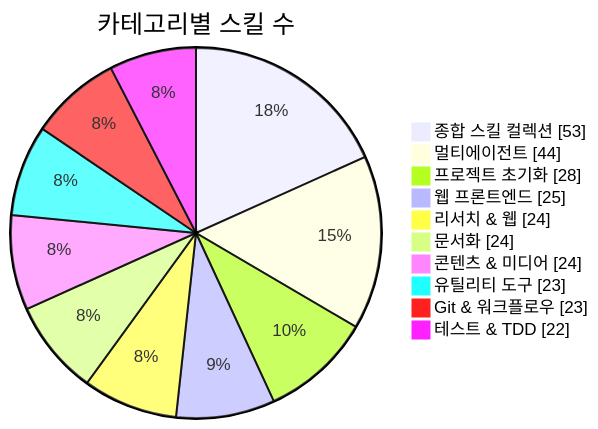
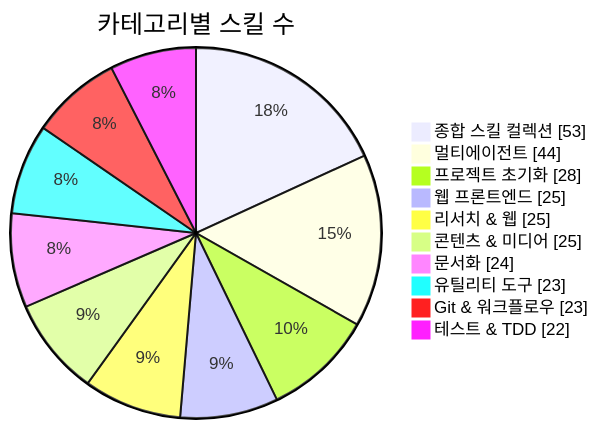
The first of 3 diagrams in README.md (J-nowcow/awesome-korean-agent-skills), drawn with Mermaid before and after one commit. The commit also changed other lines of this file and 5 other files, not shown here.

````diff
--- a/README.md
+++ b/README.md
@@ -176,14 +176,14 @@
 ```mermaid
 pie showData
     title 카테고리별 스킬 수
     "종합 스킬 컬렉션" : 53
     "멀티에이전트" : 44
     "프로젝트 초기화" : 28
     "웹 프론트엔드" : 25
-    "리서치 & 웹" : 24
+    "리서치 & 웹" : 25
+    "콘텐츠 & 미디어" : 25
     "문서화" : 24
-    "콘텐츠 & 미디어" : 24
     "유틸리티 도구" : 23
     "Git & 워크플로우" : 23
     "테스트 & TDD" : 22
 ```
````
